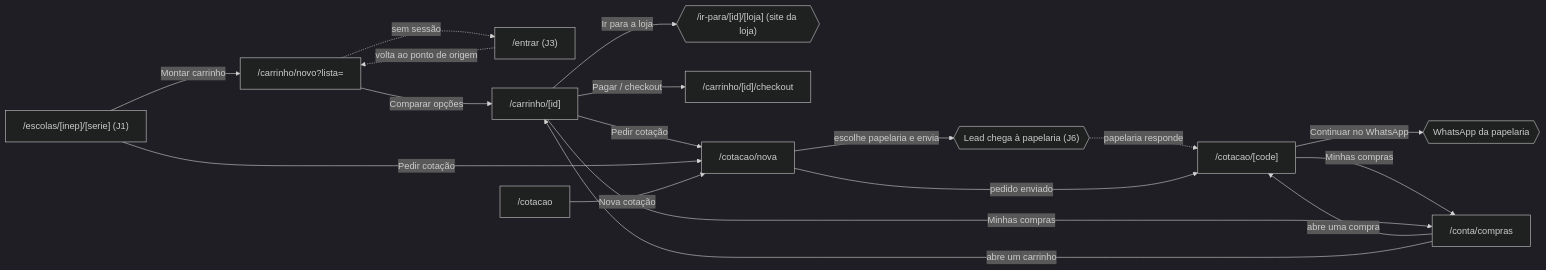
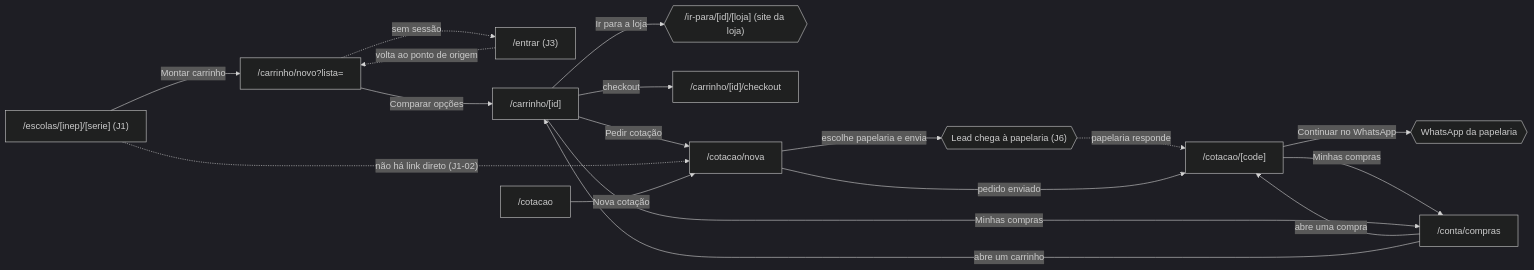
The second of 9 diagrams in docs/revisao-total/fluxos.md (mzinhoww-svg/listaescolar), drawn with Mermaid (dark theme) before and after one commit. The commit also changed other lines of this file and 21 other files, not shown here.

````diff
--- a/docs/revisao-total/fluxos.md
+++ b/docs/revisao-total/fluxos.md
@@ -29,20 +30,20 @@
 ```mermaid
 flowchart LR
   lista["/escolas/[inep]/[serie] (J1)"] -->|"Montar carrinho"| novo["/carrinho/novo?lista="]
   novo -.->|"sem sessão"| entrar["/entrar (J3)"]
   entrar -.->|"volta ao ponto de origem"| novo
   novo -->|"Comparar opções"| cart["/carrinho/[id]"]
   cart -->|"Ir para a loja"| irpara{{"/ir-para/[id]/[loja] (site da loja)"}}
-  cart -->|"Pagar / checkout"| checkout["/carrinho/[id]/checkout"]
+  cart -->|"checkout"| checkout["/carrinho/[id]/checkout"]
   cart -->|"Pedir cotação"| nova["/cotacao/nova"]
-  lista -->|"Pedir cotação"| nova
+  lista -. "não há link direto (J1-02)" .-> nova
   cotacaoidx["/cotacao"] -->|"Nova cotação"| nova
   nova -->|"escolhe papelaria e envia"| lead{{"Lead chega à papelaria (J6)"}}
   lead -.->|"papelaria responde"| cot["/cotacao/[code]"]
   nova -->|"pedido enviado"| cot
   cot -->|"Continuar no WhatsApp"| wa{{"WhatsApp da papelaria"}}
   cot -->|"Minhas compras"| compras["/conta/compras"]
   cart -->|"Minhas compras"| compras
   compras -->|"abre uma compra"| cot
   compras -->|"abre um carrinho"| cart
 ```
````
